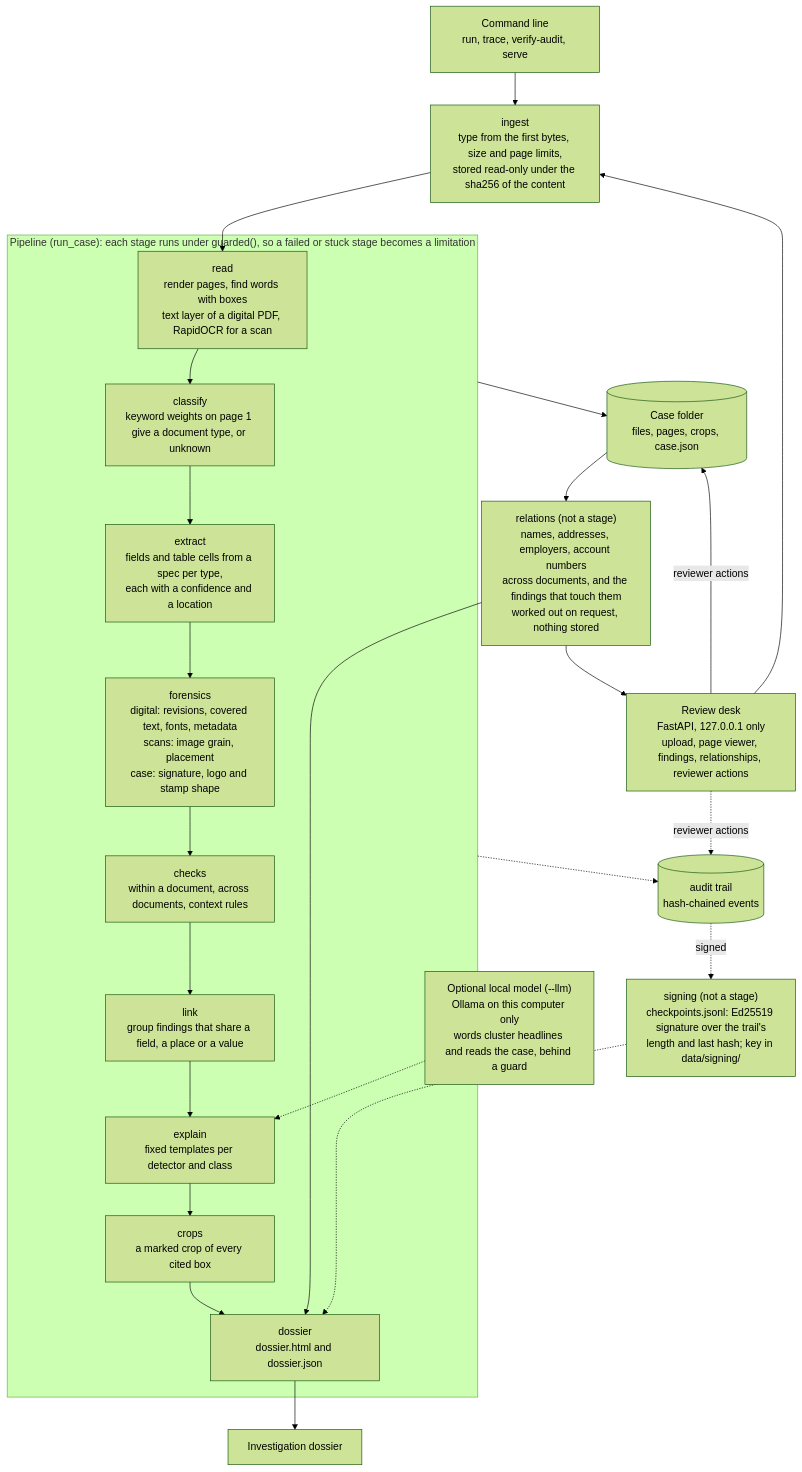
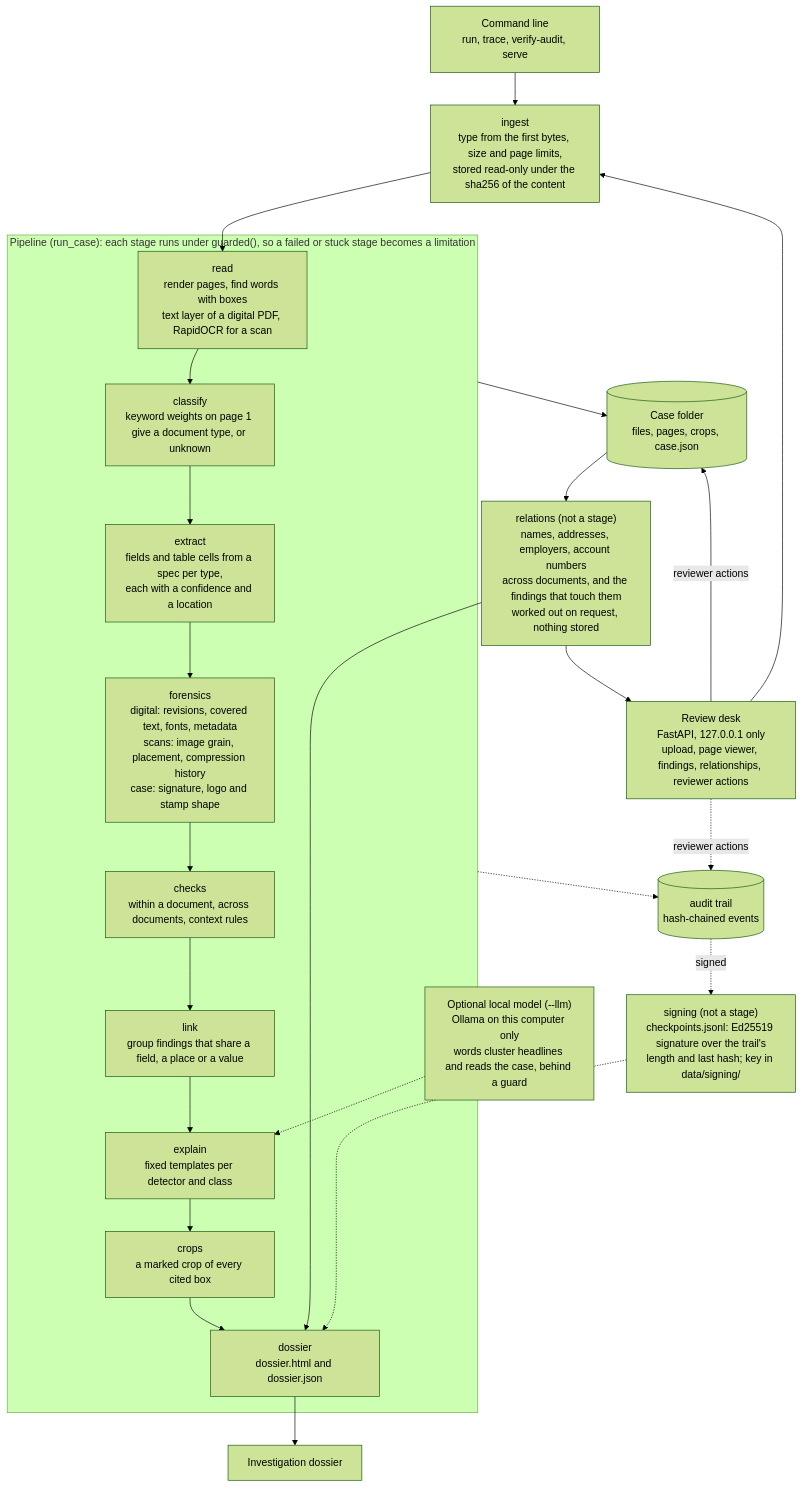
One commit to BU1lDR/docforensics changed the diagram in docs/architecture.md. Above: the diagram before and after it, drawn with Mermaid (forest theme). The commit also changed other lines of this file and 3 other files, not shown here.

Commit message:
ela: capability row and limitations state how many unchanged scans cannot be examined, the project's own splice is named as blind, the dip range has its denominators, the method is credited, the scan checks list the compression history

````diff
--- a/docs/architecture.md
+++ b/docs/architecture.md
@@ -5,39 +5,39 @@
 ```mermaid
 flowchart TD
     cli["Command line<br/>run, trace, verify-audit, serve"]
     desk["Review desk<br/>FastAPI, 127.0.0.1 only<br/>upload, page viewer, findings, relationships, reviewer actions"]
     ingest["ingest<br/>type from the first bytes, size and page limits,<br/>stored read-only under the sha256 of the content"]
     cli --> ingest
     desk --> ingest
     ingest --> read
 
     subgraph pipeline["Pipeline (run_case): each stage runs under guarded(), so a failed or stuck stage becomes a limitation"]
         read["read<br/>render pages, find words with boxes<br/>text layer of a digital PDF, RapidOCR for a scan"]
         classify["classify<br/>keyword weights on page 1 give a document type, or unknown"]
         extract["extract<br/>fields and table cells from a spec per type,<br/>each with a confidence and a location"]
-        forensics["forensics<br/>digital: revisions, covered text, fonts, metadata<br/>scans: image grain, placement<br/>case: signature, logo and stamp shape"]
+        forensics["forensics<br/>digital: revisions, covered text, fonts, metadata<br/>scans: image grain, placement, compression history<br/>case: signature, logo and stamp shape"]
         checks["checks<br/>within a document, across documents, context rules"]
         link["link<br/>group findings that share a field, a place or a value"]
         explain["explain<br/>fixed templates per detector and class"]
         crops["crops<br/>a marked crop of every cited box"]
         dossier["dossier<br/>dossier.html and dossier.json"]
         read --> classify --> extract --> forensics --> checks --> link --> explain --> crops --> dossier
     end
 
     llm["Optional local model (--llm)<br/>Ollama on this computer only<br/>words cluster headlines and reads the case, behind a guard"]
     llm -.-> explain
     casefolder[("Case folder<br/>files, pages, crops, case.json")]
     audit[("audit trail<br/>hash-chained events")]
     sig["signing (not a stage)<br/>checkpoints.jsonl: Ed25519 signature over the trail's<br/>length and last hash; key in data/signing/"]
     relations["relations (not a stage)<br/>names, addresses, employers, account numbers<br/>across documents, and the findings that touch them<br/>worked out on request, nothing stored"]
     pipeline --> casefolder
     pipeline -.-> audit
     audit -.->|"signed"| sig
     sig -.-> dossier
     casefolder --> relations
     relations --> desk
     relations --> dossier
     desk -->|"reviewer actions"| casefolder
     desk -.->|"reviewer actions"| audit
     dossier --> report["Investigation dossier"]
 ```
````
